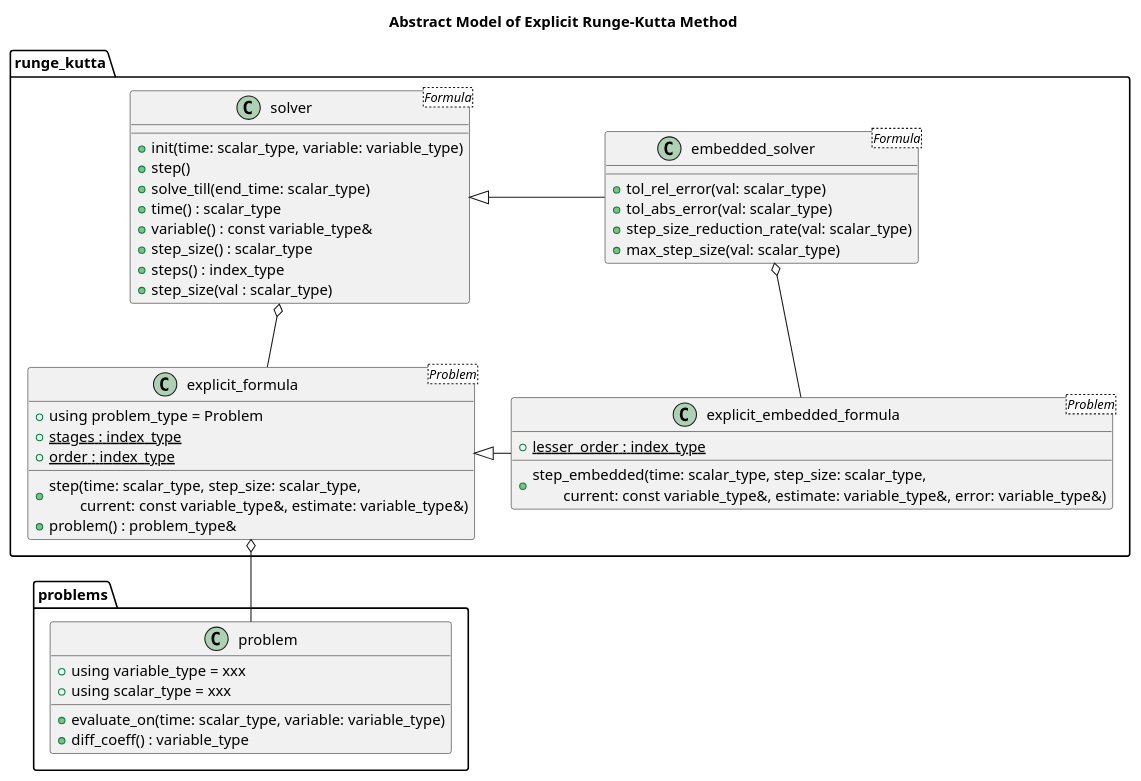
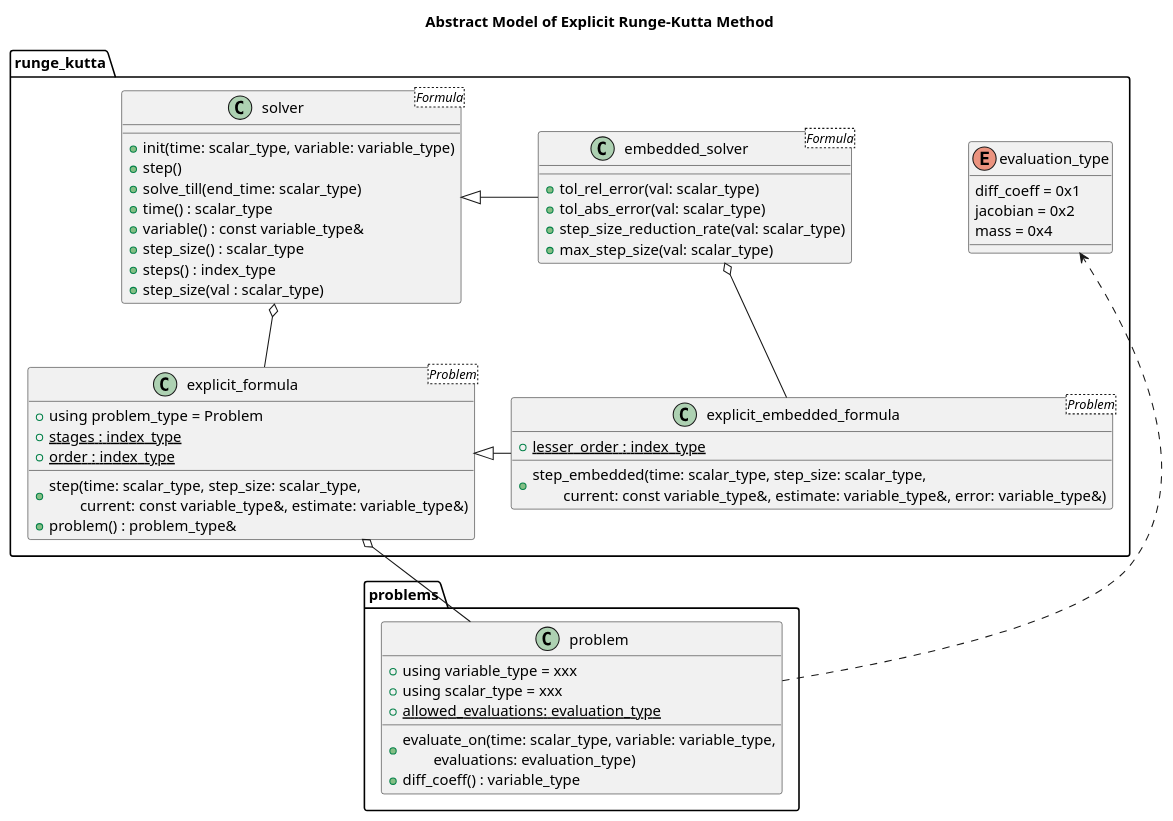
Before and after one commit to MusicScience37/numerical-collection-cpp: the first of 3 diagrams in doc/sphinx/src/basic_design/ode.rst, drawn with PlantUML. The commit also changed other lines of this file, not shown here.

Commit message:
:books: Modeling for ODE with mass matrices.

```diff
--- a/doc/sphinx/src/basic_design/ode.rst
+++ b/doc/sphinx/src/basic_design/ode.rst
@@ -16,50 +16,60 @@
 .. uml::
 
     title Abstract Model of Explicit Runge-Kutta Method
+
+    package runge_kutta {
+        enum evaluation_type {
+            diff_coeff = 0x1
+            jacobian = 0x2
+            mass = 0x4
+        }
+    }
 
     package problems {
         class problem {
             + using variable_type = xxx
             + using scalar_type = xxx
-            + evaluate_on(time: scalar_type, variable: variable_type)
+            {static} + allowed_evaluations: evaluation_type
+            + evaluate_on(time: scalar_type, variable: variable_type,\n\tevaluations: evaluation_type)
             + diff_coeff() : variable_type
         }
+        problem ..> evaluation_type
     }
 
     package runge_kutta {
         class explicit_formula<Problem> {
             + using problem_type = Problem
             {static} + stages : index_type
             {static} + order : index_type
             + step(time: scalar_type, step_size: scalar_type,\n\tcurrent: const variable_type&, estimate: variable_type&)
             + problem() : problem_type&
         }
         explicit_formula o-- problem
 
         class explicit_embedded_formula<Problem> {
             {static} + lesser_order : index_type
             + step_embedded(time: scalar_type, step_size: scalar_type,\n\tcurrent: const variable_type&, estimate: variable_type&, error: variable_type&)
         }
         explicit_formula <|- explicit_embedded_formula
 
         class solver<Formula> {
             + init(time: scalar_type, variable: variable_type)
             + step()
             + solve_till(end_time: scalar_type)
             + time() : scalar_type
             + variable() : const variable_type&
             + step_size() : scalar_type
             + steps() : index_type
             + step_size(val : scalar_type)
         }
         solver o-- explicit_formula
 
         class embedded_solver<Formula> {
             + tol_rel_error(val: scalar_type)
             + tol_abs_error(val: scalar_type)
             + step_size_reduction_rate(val: scalar_type)
             + max_step_size(val: scalar_type)
         }
         solver <|- embedded_solver
         embedded_solver o-- explicit_embedded_formula
     }
```
